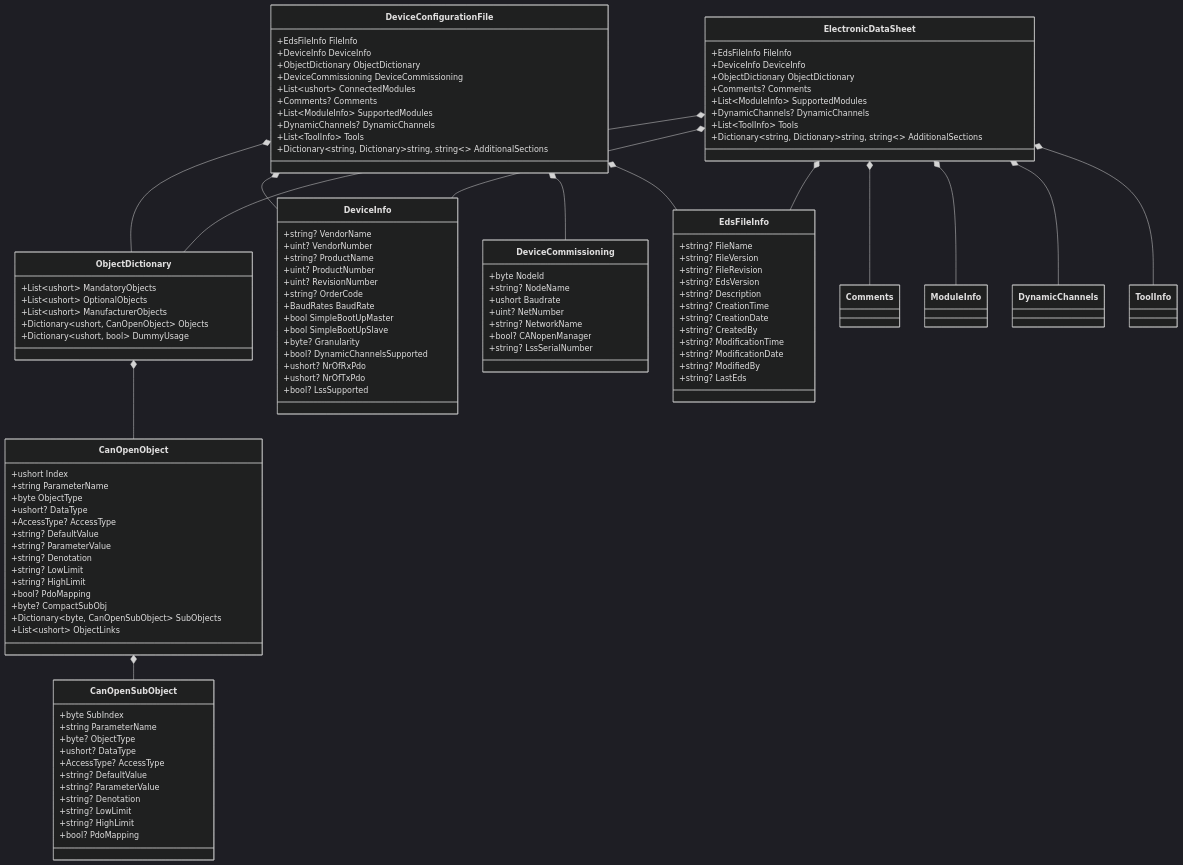
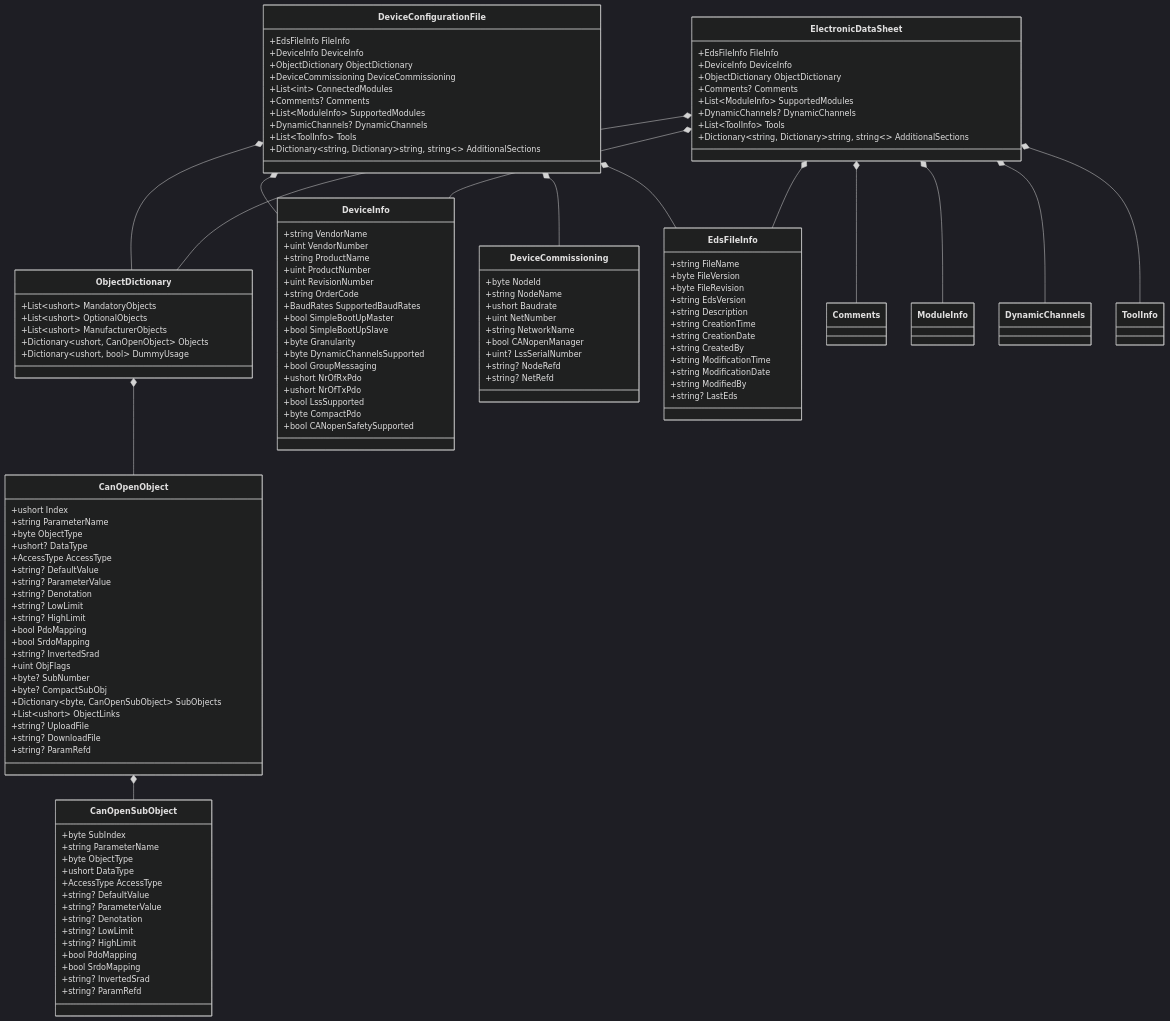
The fourth of 7 diagrams in docs/architecture/05-building-block-view.md (dborgards/eds-dcf-net), drawn with Mermaid (dark theme) before and after one commit. The commit also changed other lines of this file and 3 other files, not shown here.

First line of the commit message:
docs: fix inaccuracies in architecture documentation

```diff
--- a/docs/architecture/05-building-block-view.md
+++ b/docs/architecture/05-building-block-view.md
@@ -138,7 +142,7 @@
         +DeviceInfo DeviceInfo
         +ObjectDictionary ObjectDictionary
         +DeviceCommissioning DeviceCommissioning
-        +List~ushort~ ConnectedModules
+        +List~int~ ConnectedModules
         +Comments? Comments
         +List~ModuleInfo~ SupportedModules
         +DynamicChannels? DynamicChannels
@@ -159,71 +163,86 @@
         +string ParameterName
         +byte ObjectType
         +ushort? DataType
-        +AccessType? AccessType
+        +AccessType AccessType
         +string? DefaultValue
         +string? ParameterValue
         +string? Denotation
         +string? LowLimit
         +string? HighLimit
-        +bool? PdoMapping
+        +bool PdoMapping
+        +bool SrdoMapping
+        +string? InvertedSrad
+        +uint ObjFlags
+        +byte? SubNumber
         +byte? CompactSubObj
         +Dictionary~byte, CanOpenSubObject~ SubObjects
         +List~ushort~ ObjectLinks
+        +string? UploadFile
+        +string? DownloadFile
+        +string? ParamRefd
     }
 
     class CanOpenSubObject {
         +byte SubIndex
         +string ParameterName
-        +byte? ObjectType
-        +ushort? DataType
-        +AccessType? AccessType
+        +byte ObjectType
+        +ushort DataType
+        +AccessType AccessType
         +string? DefaultValue
         +string? ParameterValue
         +string? Denotation
         +string? LowLimit
         +string? HighLimit
-        +bool? PdoMapping
+        +bool PdoMapping
+        +bool SrdoMapping
+        +string? InvertedSrad
+        +string? ParamRefd
     }
 
     class DeviceInfo {
-        +string? VendorName
-        +uint? VendorNumber
-        +string? ProductName
-        +uint? ProductNumber
-        +uint? RevisionNumber
-        +string? OrderCode
-        +BaudRates BaudRate
+        +string VendorName
+        +uint VendorNumber
+        +string ProductName
+        +uint ProductNumber
+        +uint RevisionNumber
+        +string OrderCode
+        +BaudRates SupportedBaudRates
         +bool SimpleBootUpMaster
         +bool SimpleBootUpSlave
-        +byte? Granularity
-        +bool? DynamicChannelsSupported
-        +ushort? NrOfRxPdo
-        +ushort? NrOfTxPdo
-        +bool? LssSupported
+        +byte Granularity
+        +byte DynamicChannelsSupported
+        +bool GroupMessaging
+        +ushort NrOfRxPdo
+        +ushort NrOfTxPdo
+        +bool LssSupported
+        +byte CompactPdo
+        +bool CANopenSafetySupported
     }
 
     class DeviceCommissioning {
         +byte NodeId
-        +string? NodeName
+        +string NodeName
         +ushort Baudrate
-        +uint? NetNumber
-        +string? NetworkName
-        +bool? CANopenManager
-        +string? LssSerialNumber
+        +uint NetNumber
+        +string NetworkName
+        +bool CANopenManager
+        +uint? LssSerialNumber
+        +string? NodeRefd
+        +string? NetRefd
     }
 
     class EdsFileInfo {
-        +string? FileName
-        +string? FileVersion
-        +string? FileRevision
-        +string? EdsVersion
-        +string? Description
-        +string? CreationTime
-        +string? CreationDate
-        +string? CreatedBy
-        +string? ModificationTime
-        +string? ModificationDate
-        +string? ModifiedBy
+        +string FileName
+        +byte FileVersion
+        +byte FileRevision
+        +string EdsVersion
+        +string Description
+        +string CreationTime
+        +string CreationDate
+        +string CreatedBy
+        +string ModificationTime
+        +string ModificationDate
+        +string ModifiedBy
         +string? LastEds
     }
 
```
